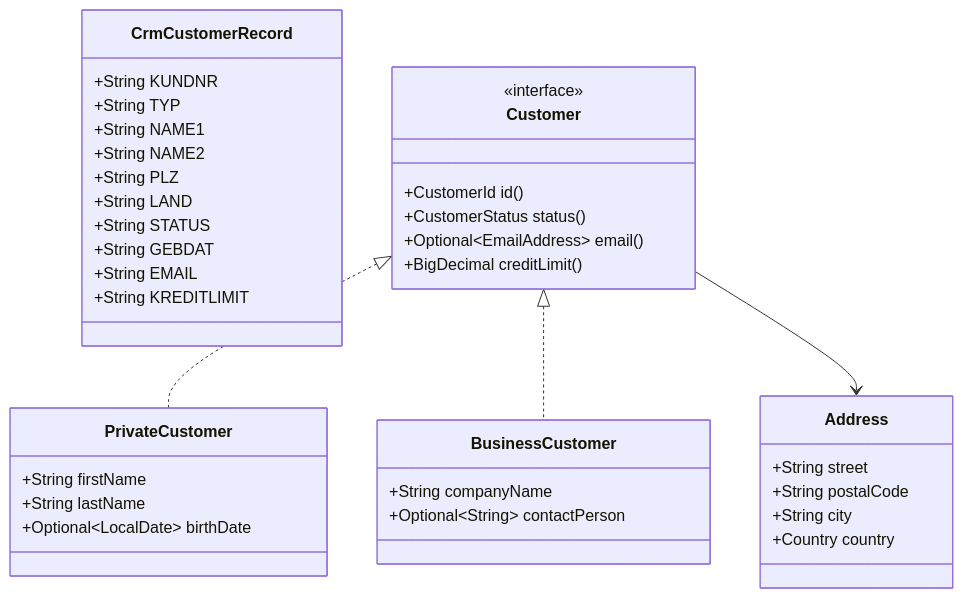
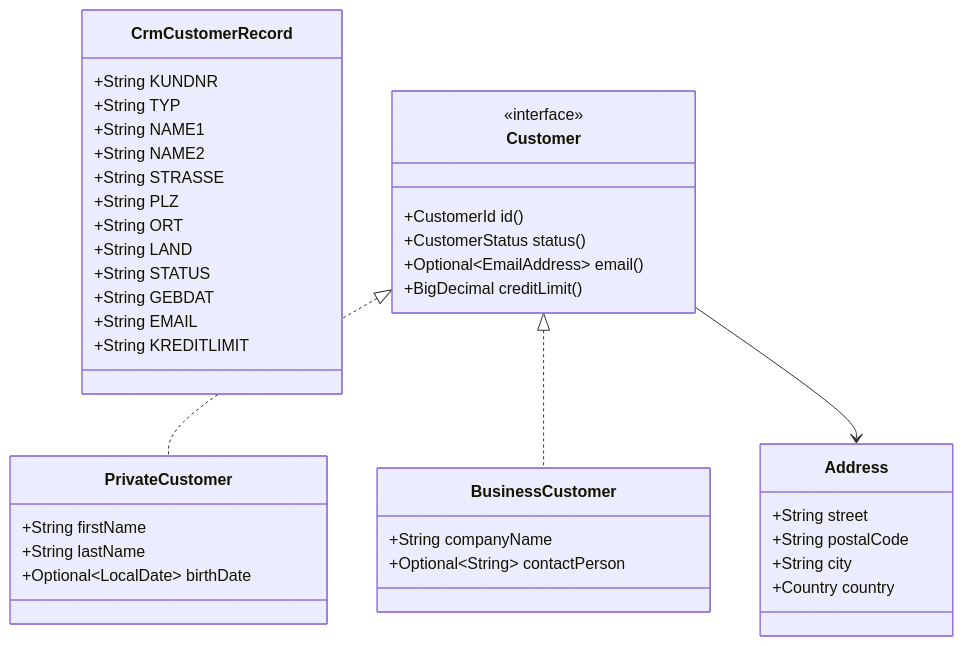
The second of 2 diagrams in tasks/20-anti-corruption-layer.md (Chris013/java-practice), drawn with Mermaid before and after one commit. The commit also changed other lines of this file and 2 other files, not shown here.

````diff
--- a/tasks/20-anti-corruption-layer.md
+++ b/tasks/20-anti-corruption-layer.md
@@ -45,40 +45,42 @@
 ```mermaid
 classDiagram
     class CrmCustomerRecord {
         +String KUNDNR
         +String TYP
         +String NAME1
         +String NAME2
+        +String STRASSE
         +String PLZ
+        +String ORT
         +String LAND
         +String STATUS
         +String GEBDAT
         +String EMAIL
         +String KREDITLIMIT
     }
     class Customer {
         <<interface>>
         +CustomerId id()
         +CustomerStatus status()
         +Optional~EmailAddress~ email()
         +BigDecimal creditLimit()
     }
     class PrivateCustomer {
         +String firstName
         +String lastName
         +Optional~LocalDate~ birthDate
     }
     class BusinessCustomer {
         +String companyName
         +Optional~String~ contactPerson
     }
     class Address {
         +String street
         +String postalCode
         +String city
         +Country country
     }
     Customer <|.. PrivateCustomer
     Customer <|.. BusinessCustomer
     Customer --> Address
 ```
````
